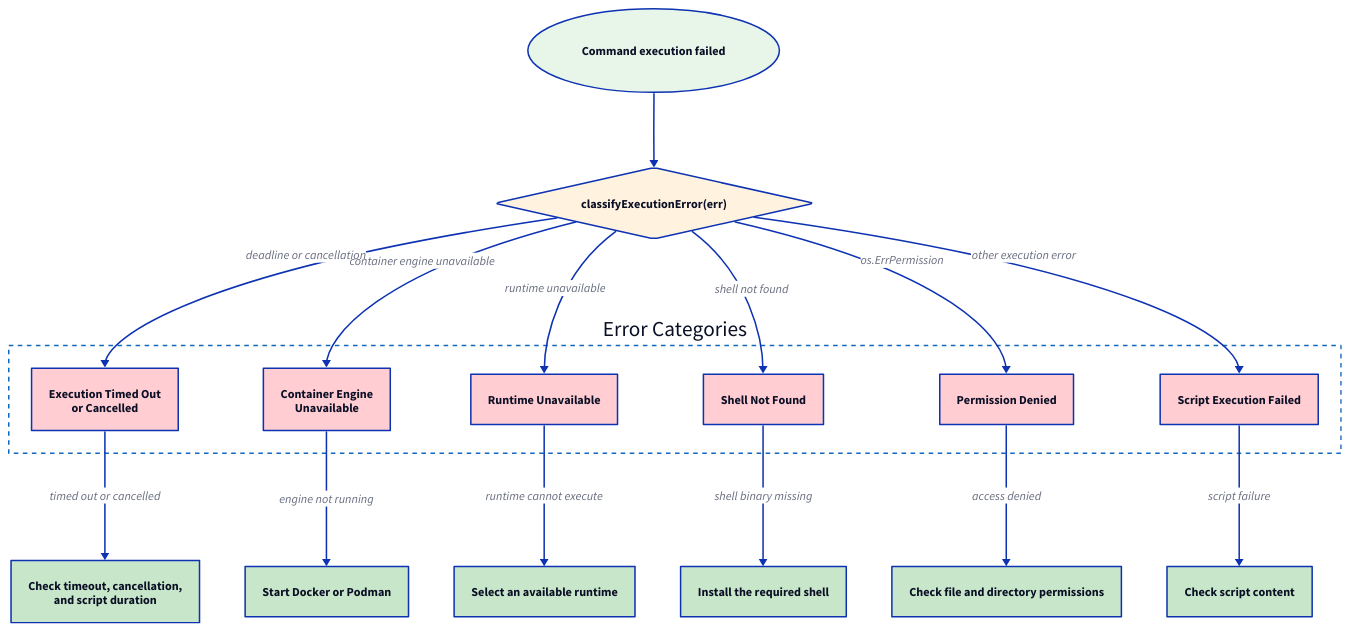
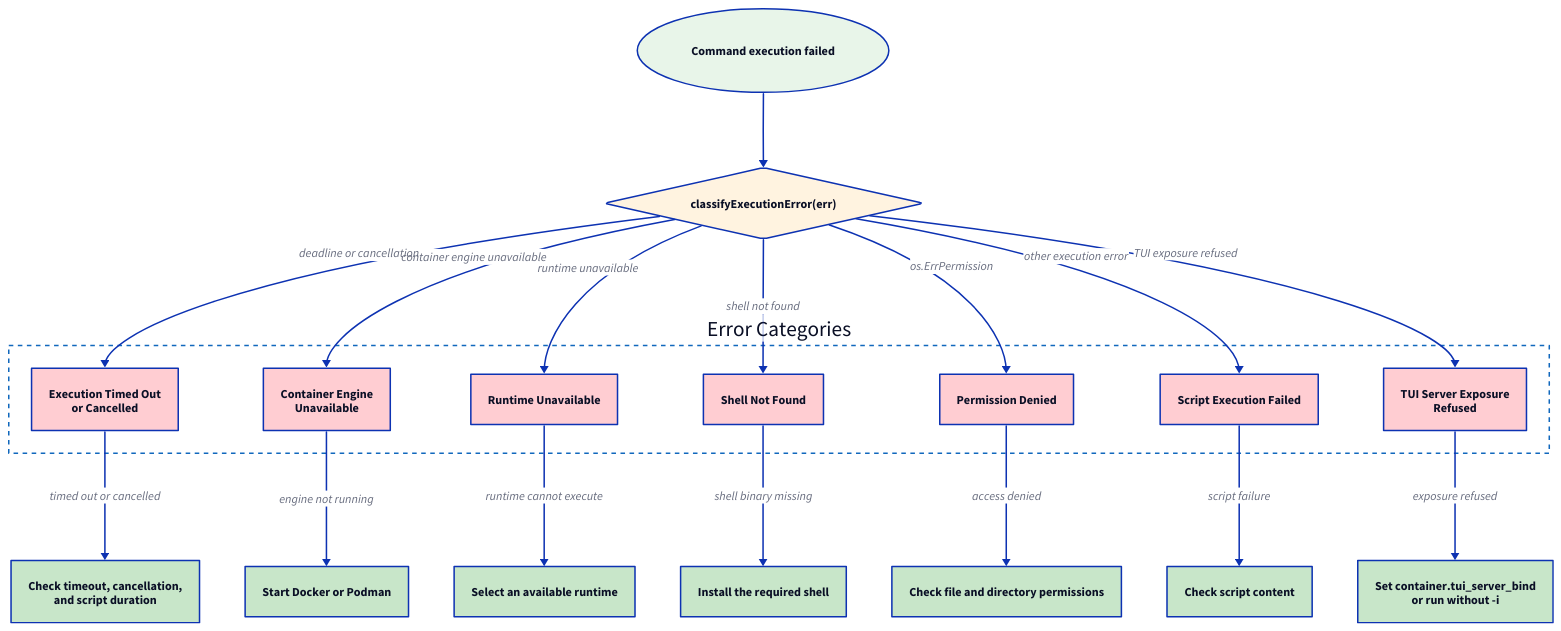
One commit to invowk/invowk changed the diagram in docs/diagrams/flowcharts/execution-errors.d2. Above: the diagram before and after it, drawn with D2. The commit also changed 29 other files, not shown here. The source asks for the TALA layout; these drawings use dagre instead.

```diff
--- a/docs/diagrams/flowcharts/execution-errors.d2
+++ b/docs/diagrams/flowcharts/execution-errors.d2
@@ -1,107 +1,117 @@
 # Execution Error Categories Flowchart
 #
 # Shows the main categories of errors that can occur during
 # command execution and their common fixes.
 #
 # Source: internal/app/commandsvc/errors.go (classifyExecutionError)
 
 vars: {
   d2-config: {
     layout-engine: tala
   }
 }
 
 direction: down
 
 Start: Command execution failed {
   shape: oval
   style.fill: "#E8F5E9"
 }
 
 Classify: classifyExecutionError(err) {
   shape: diamond
   style.fill: "#FFF3E0"
 }
 
 # ==============================================================================
 # Error Categories
 # ==============================================================================
 
 errors: Error Categories {
   style: {
     stroke: "#1168BD"
     stroke-dash: 3
     fill: transparent
   }
 
   E1: Execution Timed Out\nor Cancelled {
     style.fill: "#FFCDD2"
   }
 
   E2: Container Engine\nUnavailable {
     style.fill: "#FFCDD2"
   }
 
   E3: Runtime Unavailable {
     style.fill: "#FFCDD2"
   }
 
   E4: Shell Not Found {
     style.fill: "#FFCDD2"
   }
 
   E5: Permission Denied {
     style.fill: "#FFCDD2"
   }
 
   E6: Script Execution Failed {
     style.fill: "#FFCDD2"
   }
+
+  E7: TUI Server Exposure\nRefused {
+    style.fill: "#FFCDD2"
+  }
 }
 
 # ==============================================================================
 # Fixes
 # ==============================================================================
 
 Fix1: Check timeout, cancellation,\nand script duration {
   style.fill: "#C8E6C9"
 }
 
 Fix2: Start Docker or Podman {
   style.fill: "#C8E6C9"
 }
 
 Fix3: Select an available runtime {
   style.fill: "#C8E6C9"
 }
 
 Fix4: Install the required shell {
   style.fill: "#C8E6C9"
 }
 
 Fix5: Check file and directory permissions {
   style.fill: "#C8E6C9"
 }
 
 Fix6: Check script content {
   style.fill: "#C8E6C9"
 }
 
+Fix7: "Set container.tui_server_bind\nor run without -i" {
+  style.fill: "#C8E6C9"
+}
+
 # ==============================================================================
 # Connections
 # ==============================================================================
 
 Start -> Classify
 Classify -> errors.E1: deadline or cancellation
 Classify -> errors.E2: container engine unavailable
 Classify -> errors.E3: runtime unavailable
 Classify -> errors.E4: shell not found
 Classify -> errors.E5: os.ErrPermission
 Classify -> errors.E6: other execution error
+Classify -> errors.E7: TUI exposure refused
 
 errors.E1 -> Fix1: timed out or cancelled
 errors.E2 -> Fix2: engine not running
 errors.E3 -> Fix3: runtime cannot execute
 errors.E4 -> Fix4: shell binary missing
 errors.E5 -> Fix5: access denied
 errors.E6 -> Fix6: script failure
+errors.E7 -> Fix7: exposure refused
```
